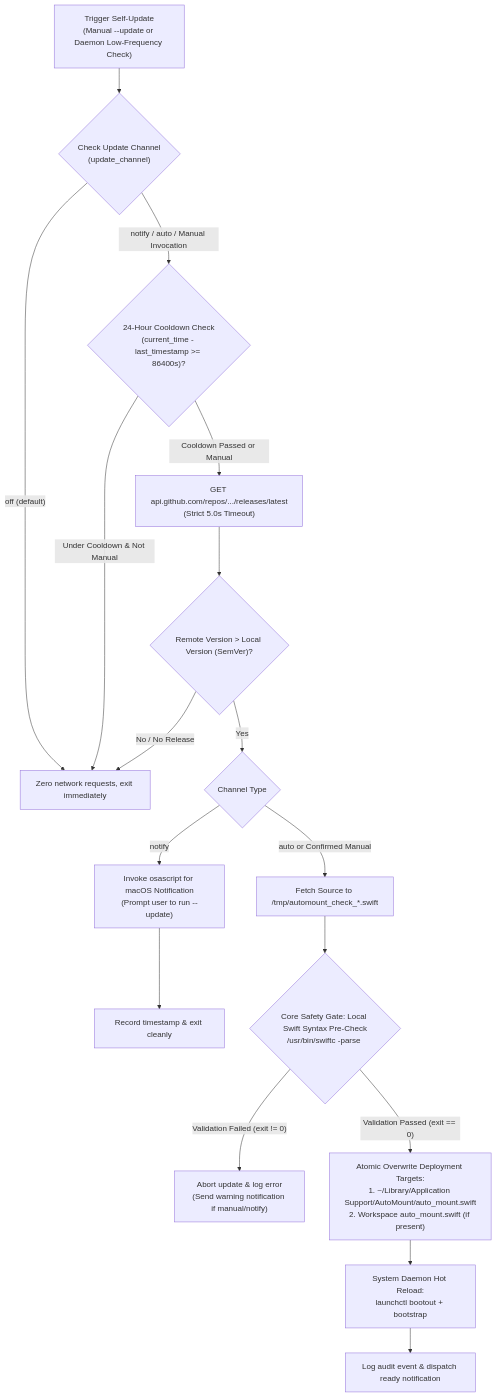
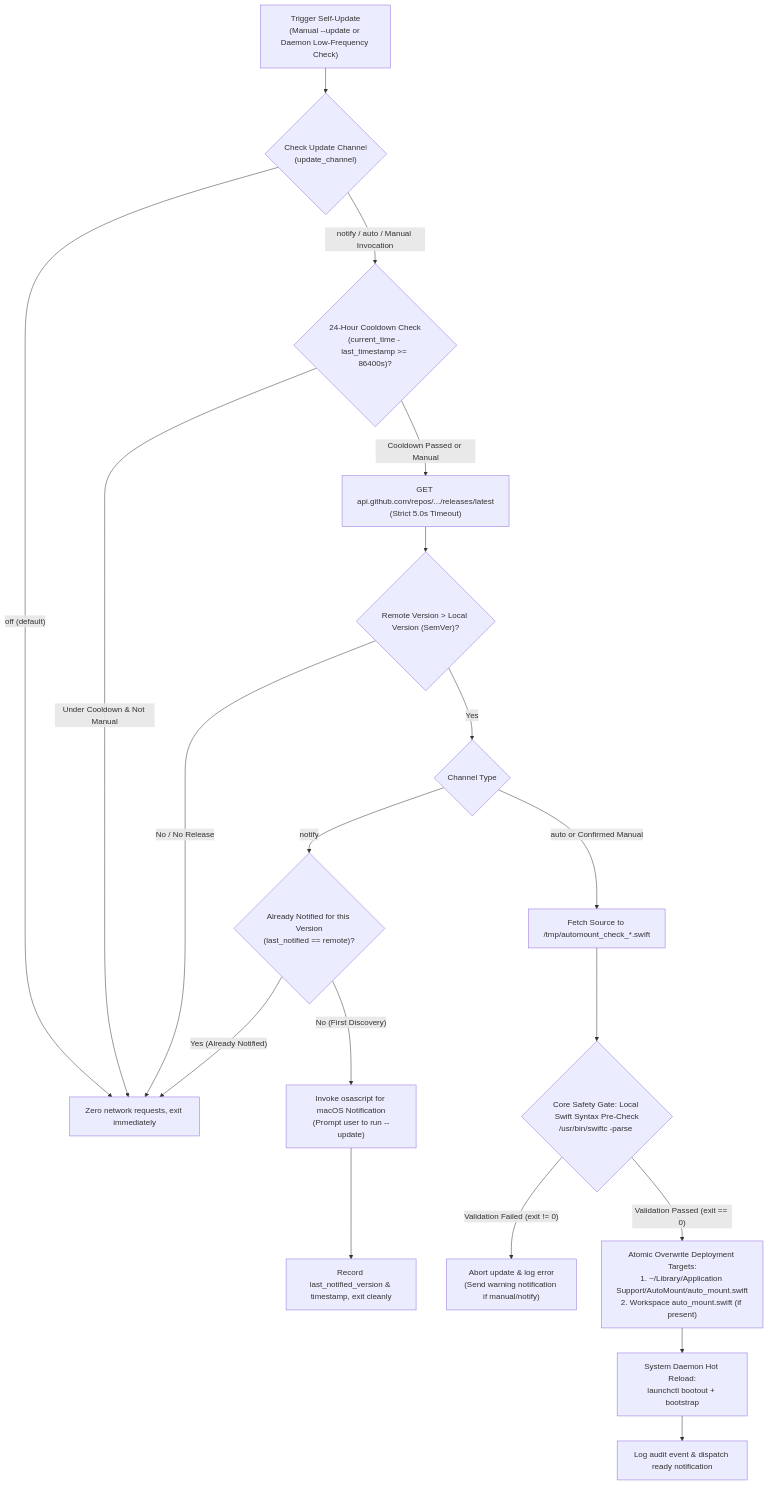
The second of 2 diagrams in ARCHITECTURE.en.md (jiezhengj/automnt), drawn with Mermaid before and after one commit. The commit also changed other lines of this file and 4 other files, not shown here.

````diff
--- a/ARCHITECTURE.en.md
+++ b/ARCHITECTURE.en.md
@@ -313,25 +313,27 @@
 ```mermaid
 flowchart TD
     Trigger["Trigger Self-Update\n(Manual --update or Daemon Low-Frequency Check)"] --> CheckChannel{"Check Update Channel\n(update_channel)"}
     CheckChannel -- "off (default)" --> SkipUpdate["Zero network requests, exit immediately"]
     CheckChannel -- "notify / auto / Manual Invocation" --> CooldownCheck{"24-Hour Cooldown Check\n(current_time - last_timestamp >= 86400s)?"}
     
     CooldownCheck -- "Under Cooldown & Not Manual" --> SkipUpdate
     CooldownCheck -- "Cooldown Passed or Manual" --> FetchRelease["GET api.github.com/repos/.../releases/latest\n(Strict 5.0s Timeout)"]
     
     FetchRelease --> ParseSemVer{"Remote Version > Local Version (SemVer)?"}
     ParseSemVer -- "No / No Release" --> SkipUpdate
     ParseSemVer -- "Yes" --> ChannelBranch{"Channel Type"}
     
-    ChannelBranch -- "notify" --> SendBanner["Invoke osascript for macOS Notification\n(Prompt user to run --update)"]
-    SendBanner --> UpdateTimestamp["Record timestamp & exit cleanly"]
+    ChannelBranch -- "notify" --> CheckNotified{"Already Notified for this Version\n(last_notified == remote)?"}
+    CheckNotified -- "Yes (Already Notified)" --> SkipUpdate
+    CheckNotified -- "No (First Discovery)" --> SendBanner["Invoke osascript for macOS Notification\n(Prompt user to run --update)"]
+    SendBanner --> UpdateTimestamp["Record last_notified_version & timestamp, exit cleanly"]
     
     ChannelBranch -- "auto or Confirmed Manual" --> DownloadSource["Fetch Source to /tmp/automount_check_*.swift"]
     DownloadSource --> SyntaxGate{"Core Safety Gate: Local Swift Syntax Pre-Check\n/usr/bin/swiftc -parse <temp_file>"}
     
     SyntaxGate -- "Validation Failed (exit != 0)" --> AbortRollback["Abort update & log error\n(Send warning notification if manual/notify)"]
     SyntaxGate -- "Validation Passed (exit == 0)" --> AtomicDeploy["Atomic Overwrite Deployment Targets:\n1. ~/Library/Application Support/AutoMount/auto_mount.swift\n2. Workspace auto_mount.swift (if present)"]
     
     AtomicDeploy --> ServiceReload["System Daemon Hot Reload:\nlaunchctl bootout + bootstrap"]
     ServiceReload --> Complete["Log audit event & dispatch ready notification"]
 ```
````
